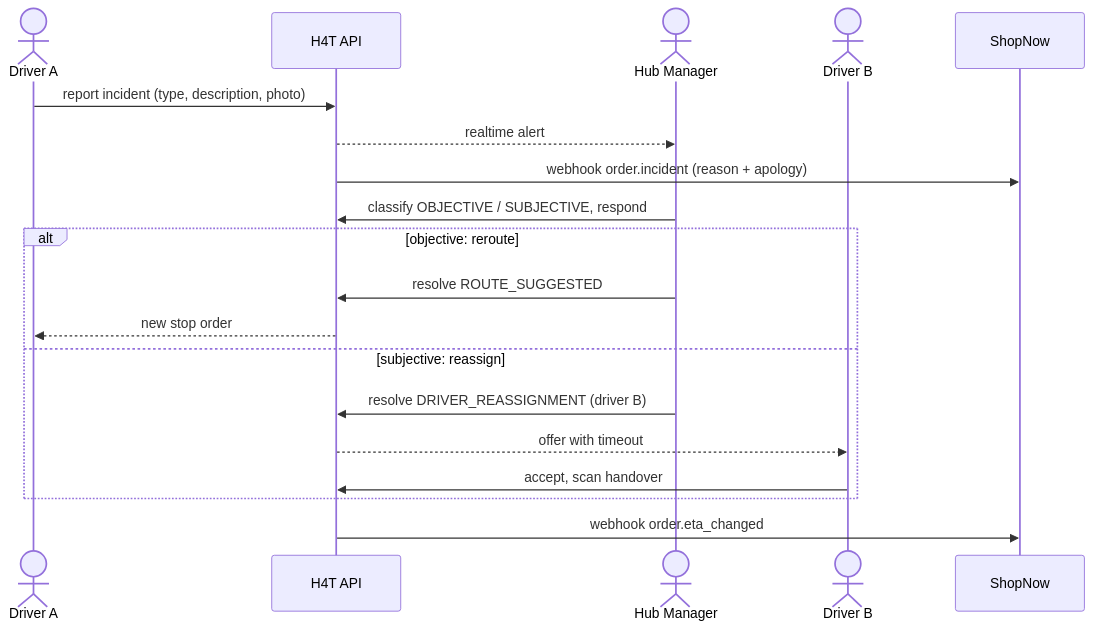
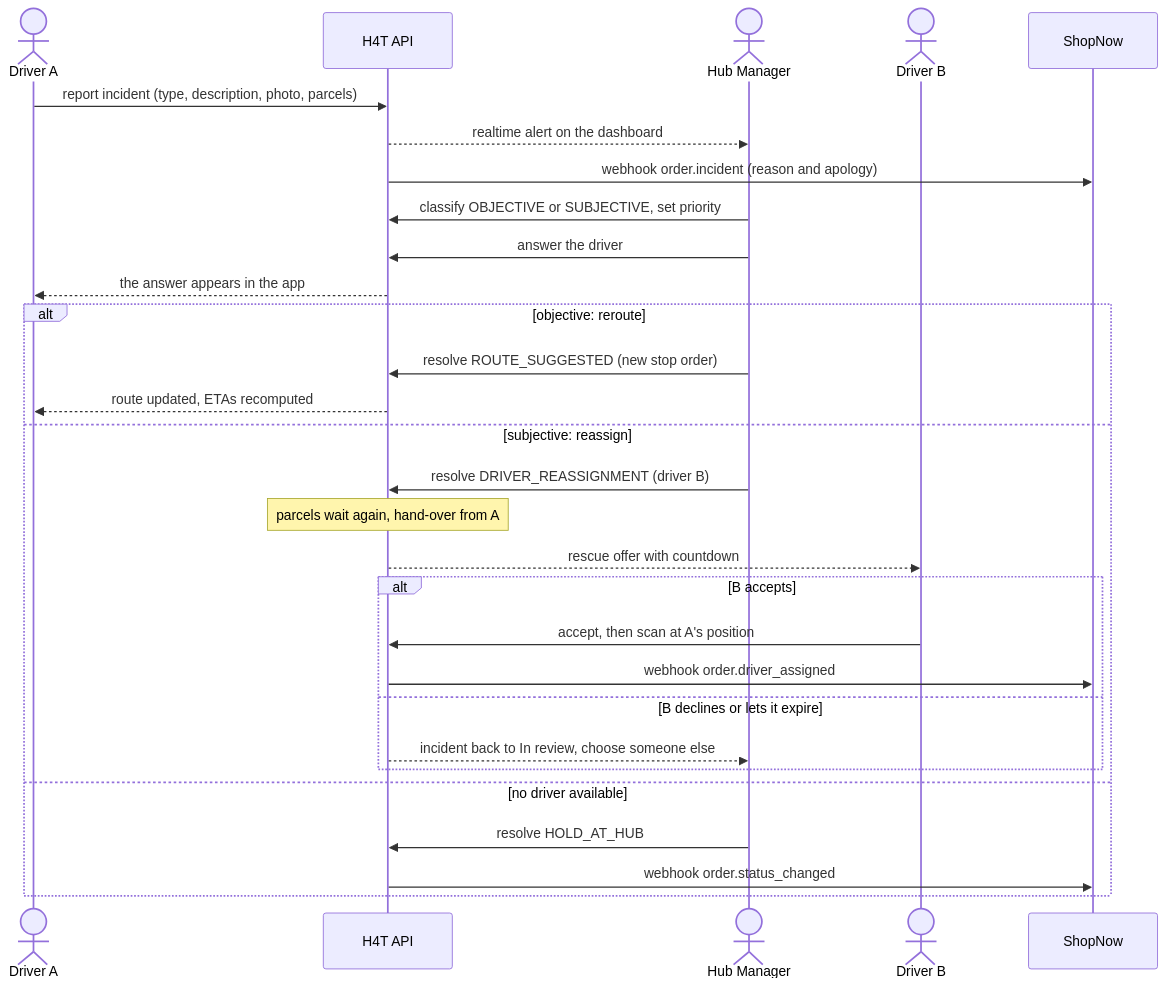
Before and after one commit to thienAG4/h4t-xpress: the seventh of 8 diagrams in README.md, drawn with Mermaid. The commit also changed other lines of this file and 2 other files, not shown here.

First line of the commit message:
docs: phase 2 README flows, checklist and spec decisions

````diff
--- a/README.md
+++ b/README.md
@@ -178,21 +223,31 @@
 ```mermaid
 sequenceDiagram
     actor A as Driver A
     participant API as H4T API
     actor H as Hub Manager
     actor B as Driver B
     participant P as ShopNow
-    A->>API: report incident (type, description, photo)
-    API-->>H: realtime alert
-    API->>P: webhook order.incident (reason + apology)
-    H->>API: classify OBJECTIVE / SUBJECTIVE, respond
+    A->>API: report incident (type, description, photo, parcels)
+    API-->>H: realtime alert on the dashboard
+    API->>P: webhook order.incident (reason and apology)
+    H->>API: classify OBJECTIVE or SUBJECTIVE, set priority
+    H->>API: answer the driver
+    API-->>A: the answer appears in the app
     alt objective: reroute
-        H->>API: resolve ROUTE_SUGGESTED
-        API-->>A: new stop order
+        H->>API: resolve ROUTE_SUGGESTED (new stop order)
+        API-->>A: route updated, ETAs recomputed
     else subjective: reassign
         H->>API: resolve DRIVER_REASSIGNMENT (driver B)
-        API-->>B: offer with timeout
-        B->>API: accept, scan handover
+        Note over API: parcels wait again, hand-over from A
+        API-->>B: rescue offer with countdown
+        alt B accepts
+            B->>API: accept, then scan at A's position
+            API->>P: webhook order.driver_assigned
+        else B declines or lets it expire
+            API-->>H: incident back to In review, choose someone else
+        end
+    else no driver available
+        H->>API: resolve HOLD_AT_HUB
+        API->>P: webhook order.status_changed
     end
-    API->>P: webhook order.eta_changed
 ```
````
